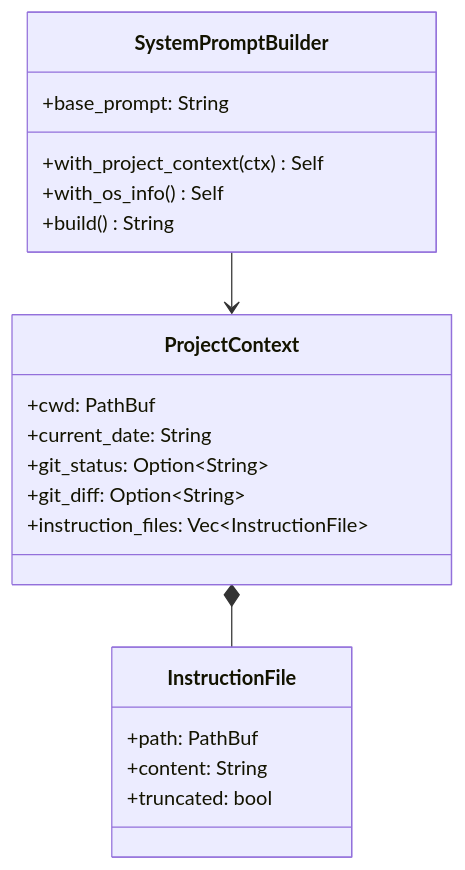
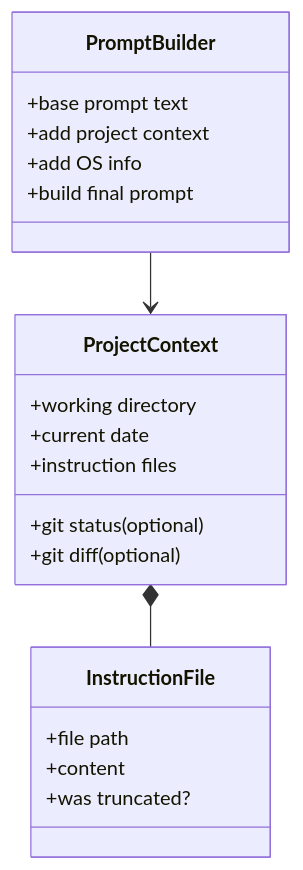
One commit to Luxshan2000/inside-claude-code changed the third of 4 diagrams in docs/13-system-prompt-building/README.md. Above: the diagram before and after it, drawn with Mermaid. The commit also changed other lines of this file and 12 other files, not shown here.

First line of the commit message:
Clean up: Remove code-specific references, keep pure architecture concepts

````diff
--- a/docs/13-system-prompt-building/README.md
+++ b/docs/13-system-prompt-building/README.md
@@ -66,26 +66,26 @@
 ```mermaid
 classDiagram
     class ProjectContext {
-        +cwd: PathBuf
-        +current_date: String
-        +git_status: Option~String~
-        +git_diff: Option~String~
-        +instruction_files: Vec~InstructionFile~
+        +working directory
+        +current date
+        +git status (optional)
+        +git diff (optional)
+        +instruction files
     }
 
     class InstructionFile {
-        +path: PathBuf
-        +content: String
-        +truncated: bool
+        +file path
+        +content
+        +was truncated?
     }
 
-    class SystemPromptBuilder {
-        +base_prompt: String
-        +with_project_context(ctx) Self
-        +with_os_info() Self
-        +build() String
+    class PromptBuilder {
+        +base prompt text
+        +add project context
+        +add OS info
+        +build final prompt
     }
 
     ProjectContext *-- InstructionFile
-    SystemPromptBuilder --> ProjectContext
+    PromptBuilder --> ProjectContext
 ```
````
